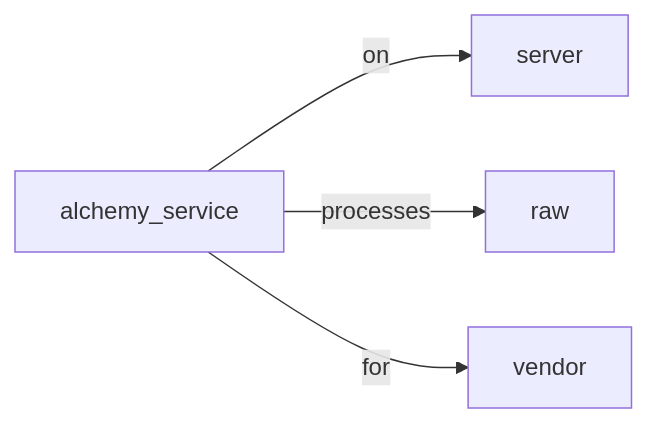
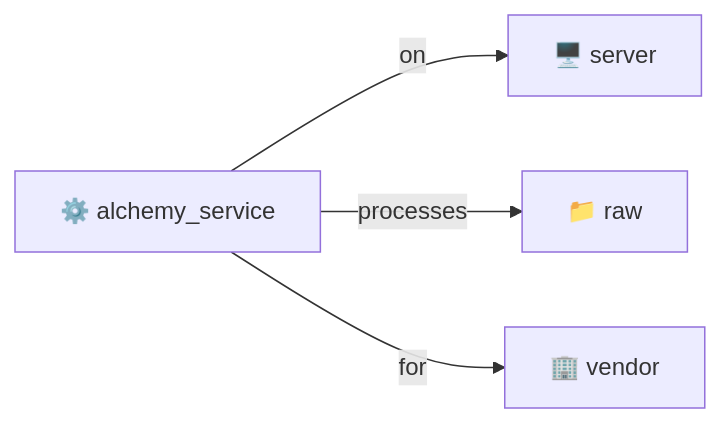
One commit to ThanuMahee12/AgentContext changed the eighth of 22 diagrams in docs/brainstorms/investigation-db.md. Above: the diagram before and after it, drawn with Mermaid. The commit also changed other lines of this file, not shown here.

Commit message:
docs: use Unicode emojis for mermaid diagram support

````diff
--- a/docs/brainstorms/investigation-db.md
+++ b/docs/brainstorms/investigation-db.md
@@ -198,6 +198,6 @@
 ```mermaid
 flowchart LR
-    SVC["alchemy_service"] -->|on| S["server"]
-    SVC -->|processes| R["raw"]
-    SVC -->|for| V["vendor"]
+    SVC["⚙️ alchemy_service"] -->|on| S["🖥️ server"]
+    SVC -->|processes| R["📁 raw"]
+    SVC -->|for| V["🏢 vendor"]
 ```
````
